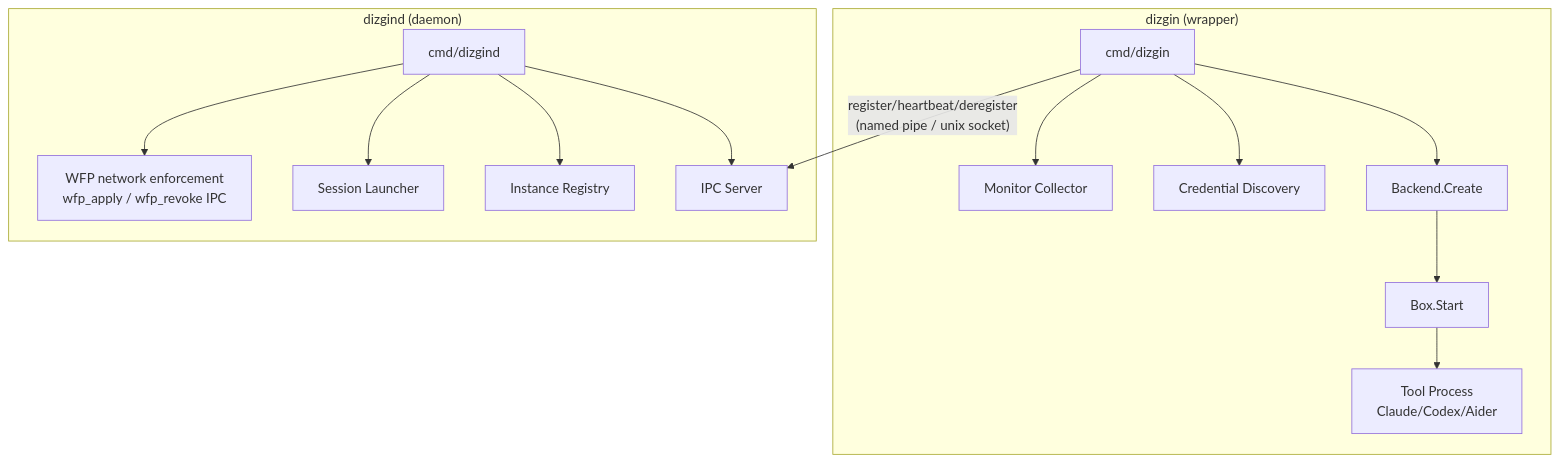
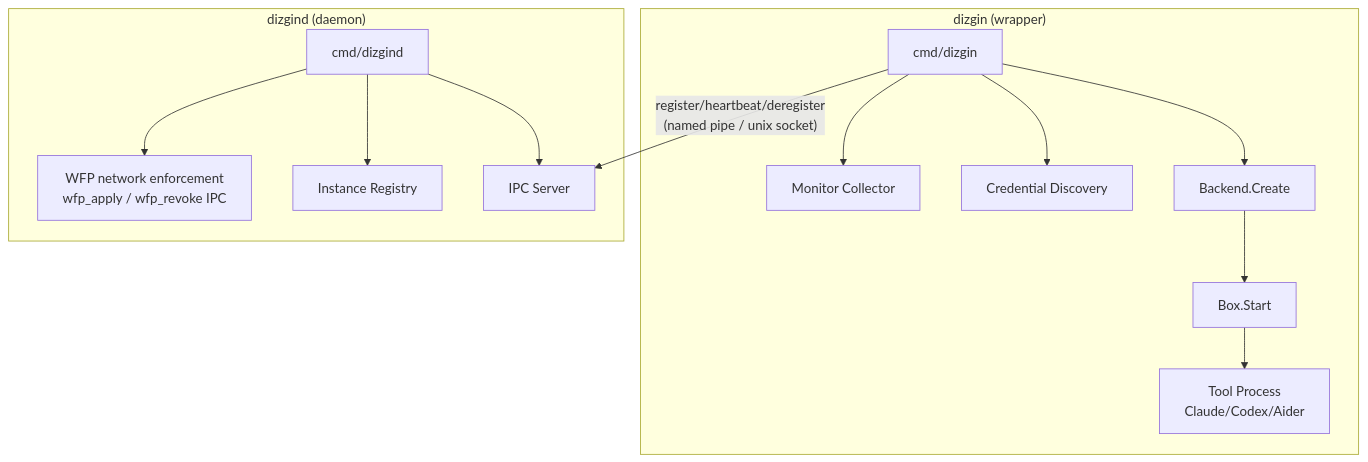
One commit to sungurerdim/dizgin changed the first of 4 diagrams in docs/ARCHITECTURE.md. Above: the diagram before and after it, drawn with Mermaid. The commit also changed other lines of this file and 4 other files, not shown here.

````diff
--- a/docs/ARCHITECTURE.md
+++ b/docs/ARCHITECTURE.md
@@ -5,19 +5,18 @@
 ```mermaid
 graph TB
     subgraph "dizgin (wrapper)"
         W[cmd/dizgin] --> BE[Backend.Create]
         BE --> BOX[Box.Start]
         BOX --> TOOL[Tool Process<br/>Claude/Codex/Aider]
         W --> CRED[Credential Discovery]
         W --> MON[Monitor Collector]
     end
 
     subgraph "dizgind (daemon)"
         D[cmd/dizgind] --> SRV[IPC Server]
         D --> REG[Instance Registry]
-        D --> LAUNCH[Session Launcher]
         D --> WFP[WFP network enforcement<br/>wfp_apply / wfp_revoke IPC]
     end
 
     W -- "register/heartbeat/deregister<br/>(named pipe / unix socket)" --> SRV
 ```
````
